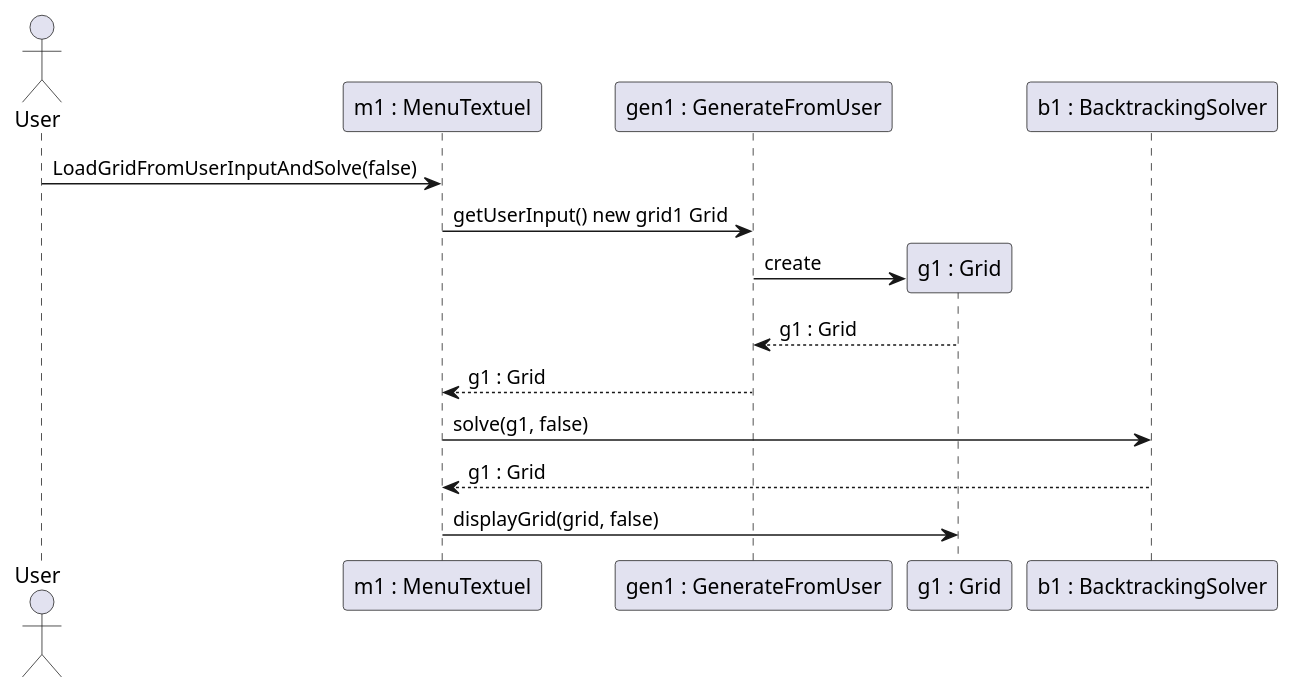
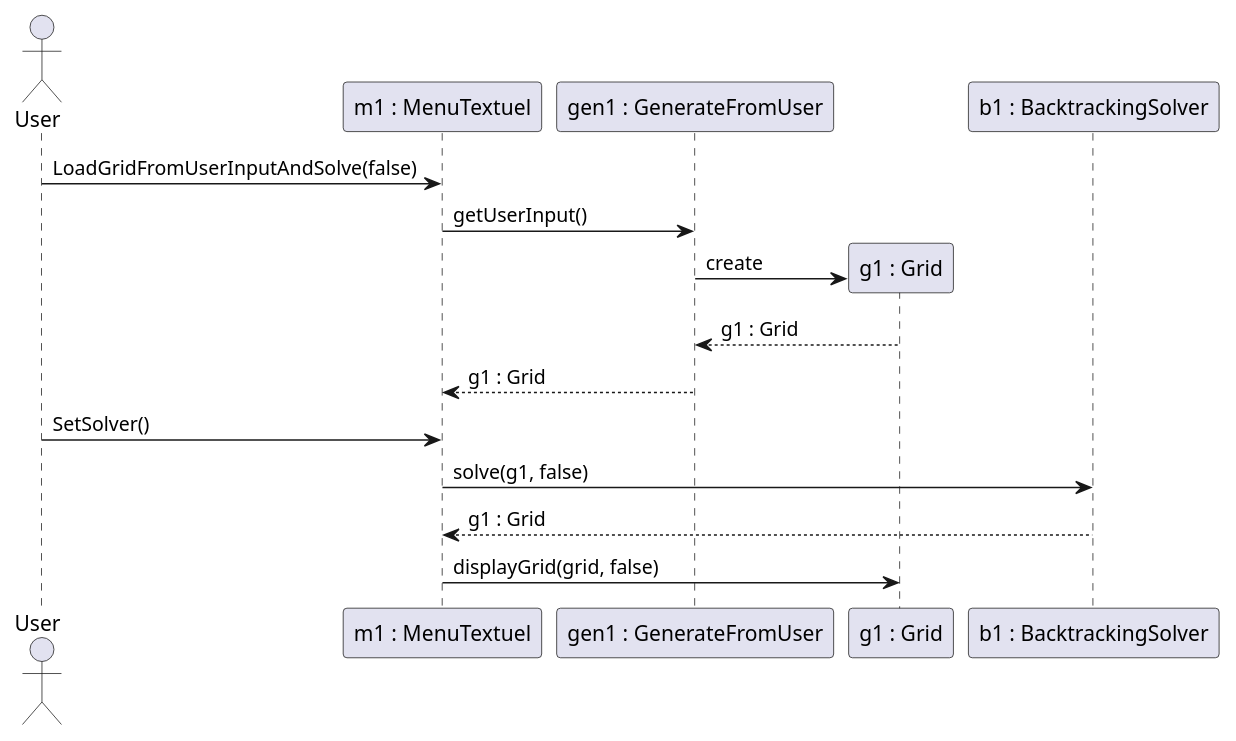
One commit to PolytechLyon/SudokuAPO changed the diagram in sequenceDiagramResolution.puml. Above: the diagram before and after it, drawn with PlantUML. The commit also changed 13 other files, not shown here.

```diff
--- a/sequenceDiagramResolution.puml
+++ b/sequenceDiagramResolution.puml
@@ -1,18 +1,21 @@
 @startuml
 actor User
 
 User->"m1 : MenuTextuel" : LoadGridFromUserInputAndSolve(false)
 
 
 
-"m1 : MenuTextuel"->"gen1 : GenerateFromUser" : getUserInput() new grid1 Grid
+"m1 : MenuTextuel"->"gen1 : GenerateFromUser" : getUserInput()
 "gen1 : GenerateFromUser" -> "g1 : Grid" ** : create
 "gen1 : GenerateFromUser"<--"g1 : Grid" : g1 : Grid
 "gen1 : GenerateFromUser"-->"m1 : MenuTextuel" : g1 : Grid
+
+"User"->"m1 : MenuTextuel" : SetSolver()
+
 
 "m1 : MenuTextuel"->"b1 : BacktrackingSolver" : solve(g1, false)
 
 "m1 : MenuTextuel"<--"b1 : BacktrackingSolver" : g1 : Grid
 "m1 : MenuTextuel"->"g1 : Grid" : displayGrid(grid, false)
 
 @enduml
```
